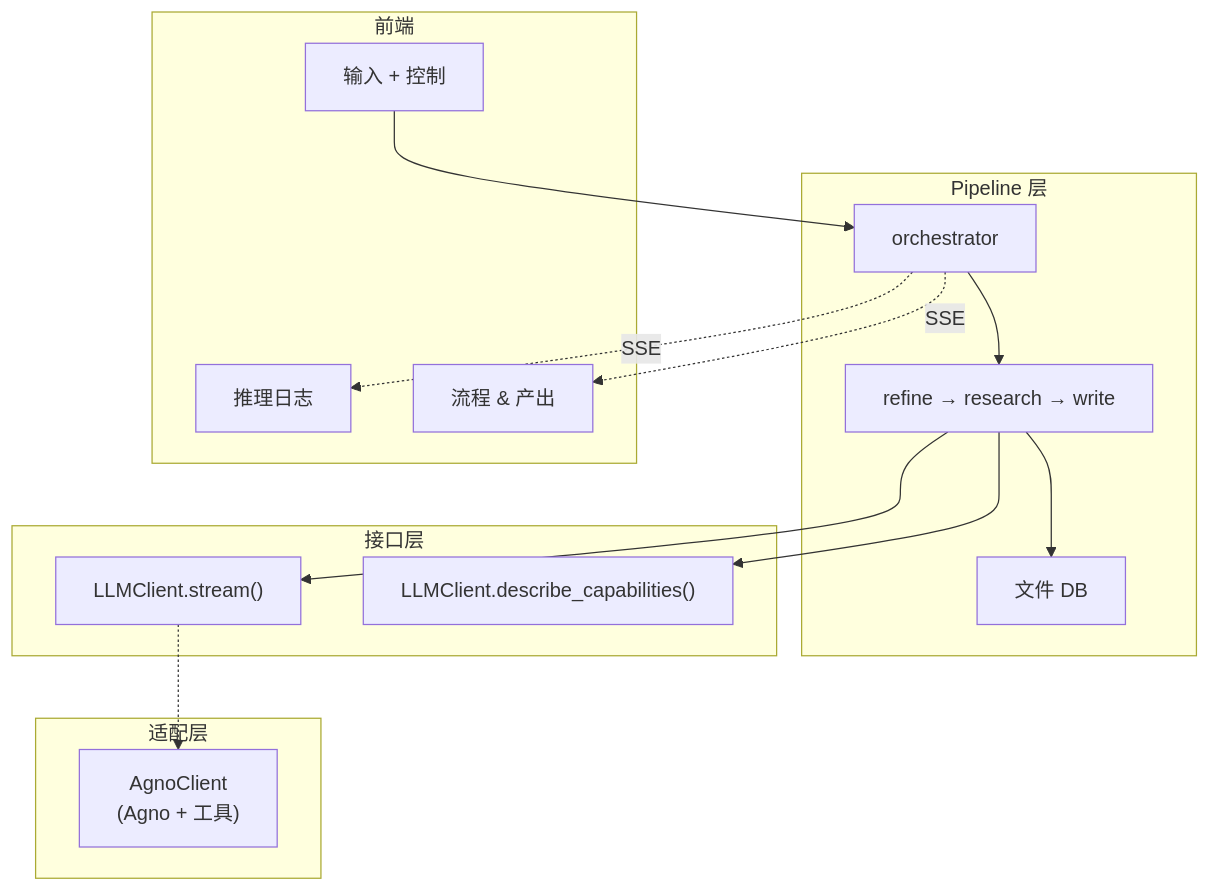
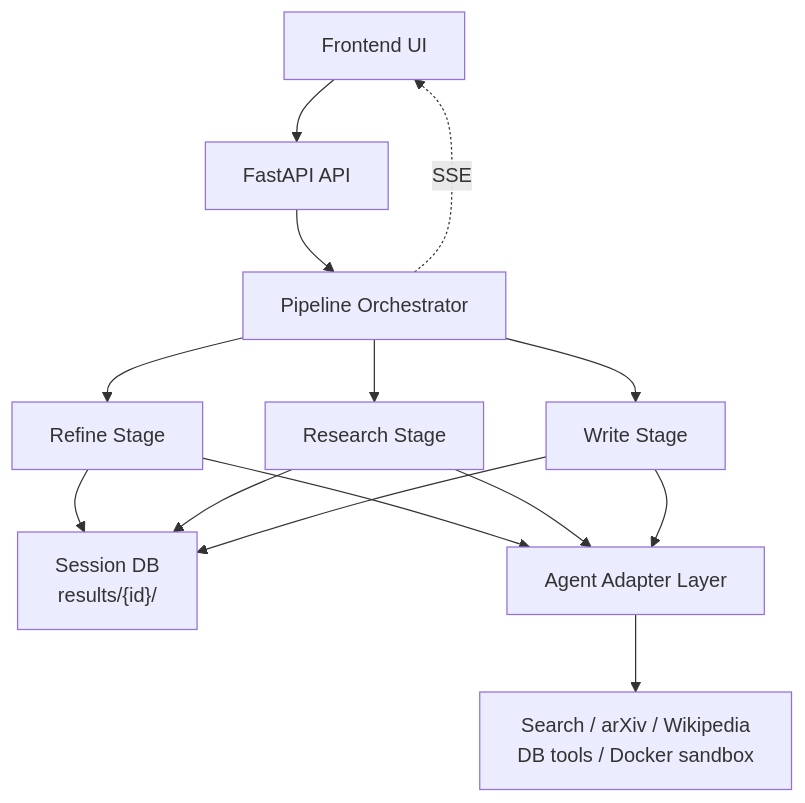
The first of 4 diagrams in docs/CN/architecture.md (dozybot001/MAARS), drawn with Mermaid before and after one commit. The commit also changed other lines of this file and 7 other files, not shown here.

Commit message:
docs: consolidate architecture docs, archive outdated files

````diff
--- a/docs/CN/architecture.md
+++ b/docs/CN/architecture.md
@@ -15,30 +80,20 @@
 ```mermaid
 flowchart TB
-    subgraph Pipeline["Pipeline 层"]
-        ORCH["orchestrator"] --> STAGES["refine → research → write"]
-        STAGES --> DB["文件 DB"]
-    end
+    UI["Frontend UI"] --> API["FastAPI API"]
+    API --> ORCH["Pipeline Orchestrator"]
 
-    subgraph Interface["接口层"]
-        LLM["LLMClient.stream()"]
-        LLM2["LLMClient.describe_capabilities()"]
-    end
+    ORCH --> REF["Refine Stage"]
+    ORCH --> RES["Research Stage"]
+    ORCH --> WRI["Write Stage"]
 
-    subgraph Adapters["适配层"]
-        AGNO["AgnoClient\n(Agno + 工具)"]
-    end
+    REF --> DB["Session DB<br/>results/{id}/"]
+    RES --> DB
+    WRI --> DB
 
-    STAGES --> LLM
-    STAGES --> LLM2
-    LLM -.-> AGNO
+    REF --> AGENT["Agent Adapter Layer"]
+    RES --> AGENT
+    WRI --> AGENT
 
-    subgraph FE["前端"]
-        UI["输入 + 控制"]
-        LOG["推理日志"]
-        PROC["流程 & 产出"]
-    end
-
-    UI --> ORCH
-    ORCH -."SSE".-> LOG
-    ORCH -."SSE".-> PROC
+    AGENT --> TOOLS["Search / arXiv / Wikipedia<br/>DB tools / Docker sandbox"]
+    ORCH -. SSE .-> UI
 ```
````
